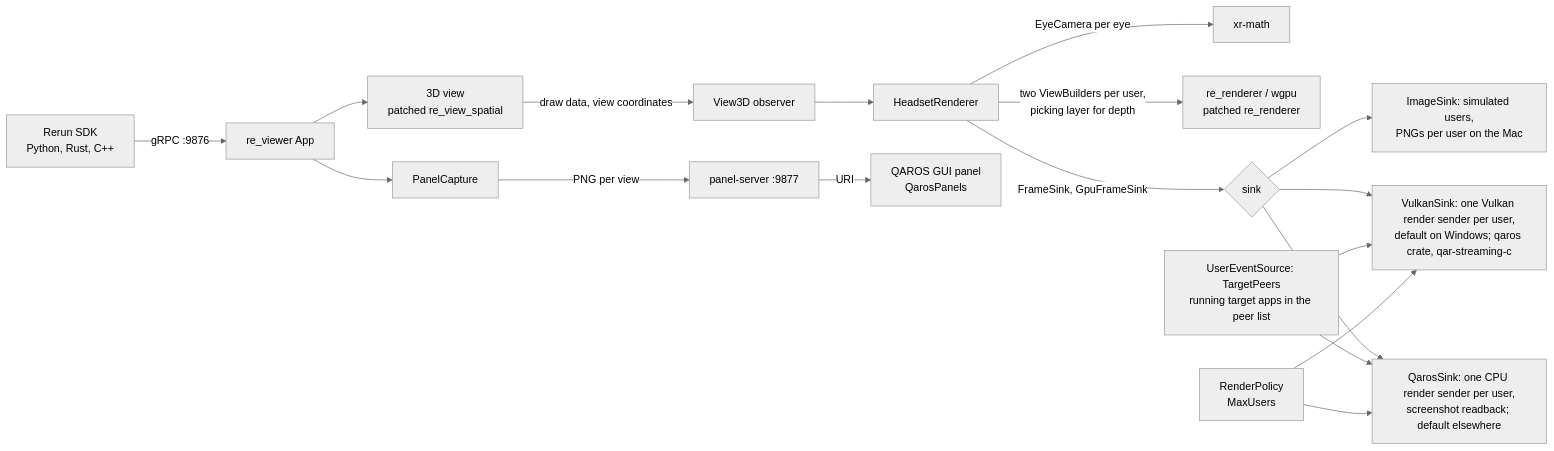
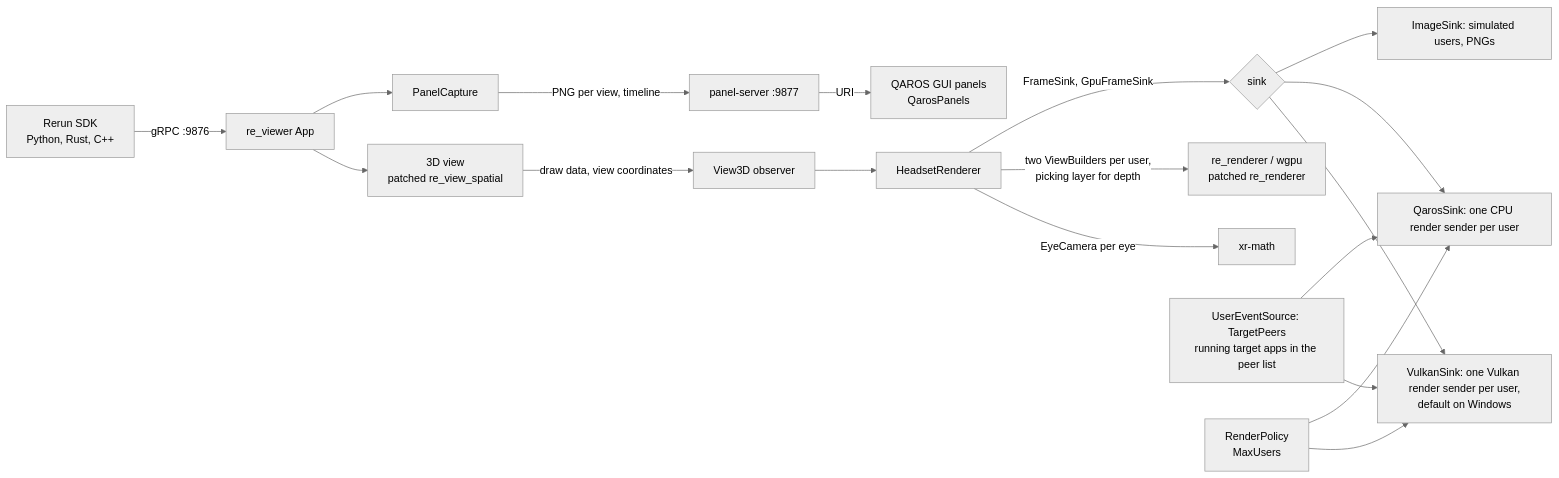
The diagram in README.md (Quaternar/qaros-rerun), drawn with Mermaid (neutral theme) before and after one commit. The commit also changed other lines of this file and 60 other files, not shown here.

First line of the commit message:
feat: timeline panel, panels placed by the headset, showcase docs

````diff
--- a/README.md
+++ b/README.md
@@ -44,20 +66,20 @@
 ```mermaid
 flowchart LR
     sdk[Rerun SDK<br/>Python, Rust, C++] -->|gRPC :9876| viewer[re_viewer App]
     viewer --> view3d[3D view<br/>patched re_view_spatial]
     view3d -->|draw data, view coordinates| observer[View3D observer]
     observer --> headset[HeadsetRenderer]
     headset -->|EyeCamera per eye| xr[xr-math]
     headset -->|two ViewBuilders per user,<br/>picking layer for depth| gpu[re_renderer / wgpu<br/>patched re_renderer]
     headset -->|FrameSink, GpuFrameSink| sink{sink}
-    sink --> image[ImageSink: simulated users,<br/>PNGs per user on the Mac]
-    sink --> vulkan[VulkanSink: one Vulkan render sender per user,<br/>default on Windows; qaros crate, qar-streaming-c]
-    sink --> qaros[QarosSink: one CPU render sender per user,<br/>screenshot readback; default elsewhere]
+    sink --> vulkan[VulkanSink: one Vulkan render sender per user,<br/>default on Windows]
+    sink --> qaros[QarosSink: one CPU render sender per user]
+    sink --> image[ImageSink: simulated users, PNGs]
     events[UserEventSource: TargetPeers<br/>running target apps in the peer list] --> vulkan
     events --> qaros
     policy[RenderPolicy<br/>MaxUsers] --> vulkan
     policy --> qaros
     viewer --> capture[PanelCapture]
-    capture -->|PNG per view| panels[panel-server :9877]
-    panels -->|URI| guipanel[QAROS GUI panel<br/>QarosPanels]
+    capture -->|PNG per view, timeline| panels[panel-server :9877]
+    panels -->|URI| guipanel[QAROS GUI panels<br/>QarosPanels]
 ```
````
